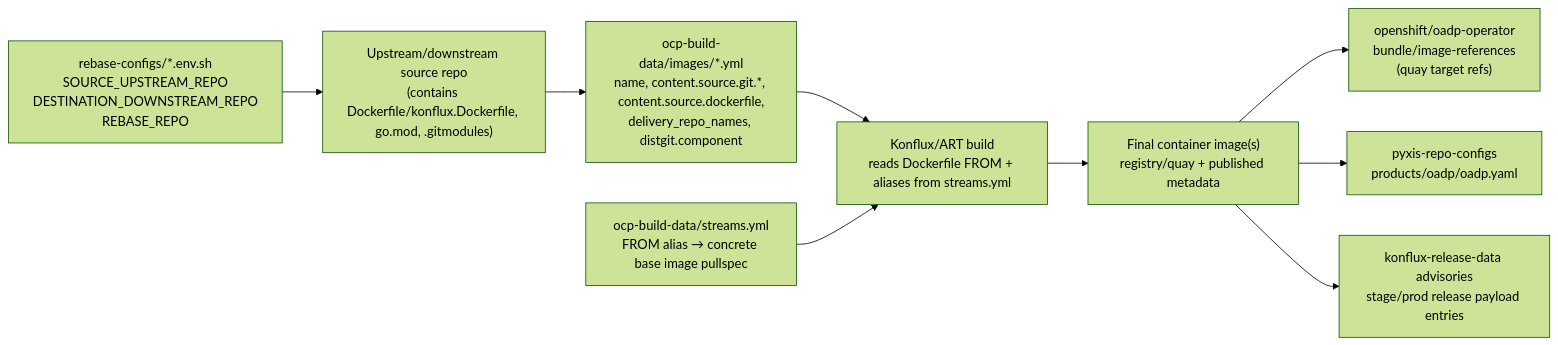
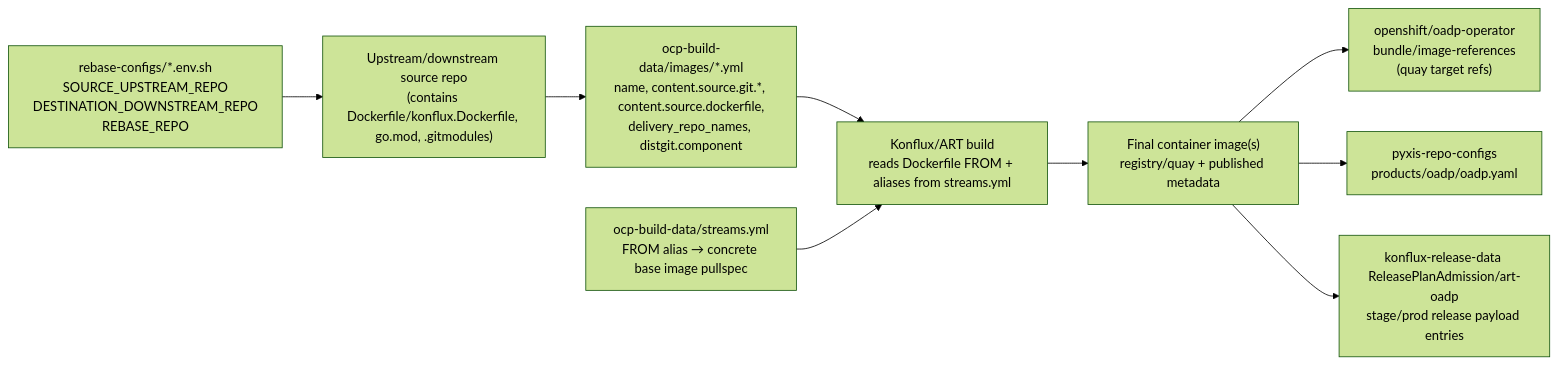
Before and after one commit to oadp-rebasebot/oadp-rebase: the second of 7 diagrams in tools/release-sources/diagram.md, drawn with Mermaid (forest theme). The commit also changed other lines of this file, not shown here.

First line of the commit message:
docs: resolve remaining review comments for release-sources diagram

````diff
--- a/tools/release-sources/diagram.md
+++ b/tools/release-sources/diagram.md
@@ -62,21 +62,21 @@
 ```mermaid
 flowchart LR
     U["Upstream/downstream source repo<br/>(contains Dockerfile/konflux.Dockerfile, go.mod, .gitmodules)"]
     R["rebase-configs/*.env.sh<br/>SOURCE_UPSTREAM_REPO<br/>DESTINATION_DOWNSTREAM_REPO<br/>REBASE_REPO"]
     A1["ocp-build-data/images/*.yml<br/>name, content.source.git.*, content.source.dockerfile,<br/>delivery_repo_names, distgit.component"]
     A2["ocp-build-data/streams.yml<br/>FROM alias → concrete base image pullspec"]
     K["Konflux/ART build<br/>reads Dockerfile FROM + aliases from streams.yml"]
     O["openshift/oadp-operator<br/>bundle/image-references<br/>(quay target refs)"]
     P["pyxis-repo-configs<br/>products/oadp/oadp.yaml"]
-    S["konflux-release-data advisories<br/>stage/prod release payload entries"]
+    S["konflux-release-data ReleasePlanAdmission/art-oadp<br/>stage/prod release payload entries"]
     F["Final container image(s)<br/>registry/quay + published metadata"]
 
     R --> U
     U --> A1
     A1 --> K
     A2 --> K
     K --> F
     F --> O
     F --> P
     F --> S
 ```
````
